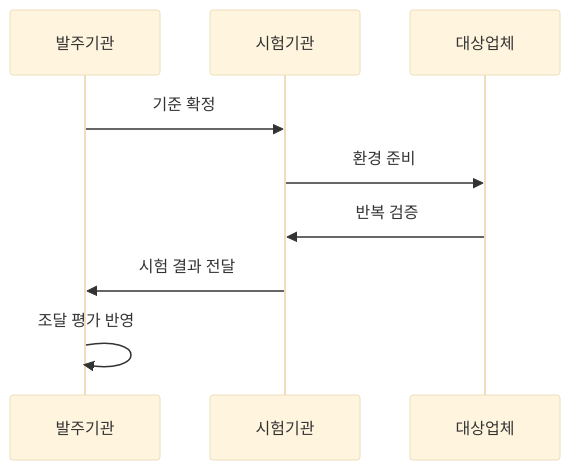
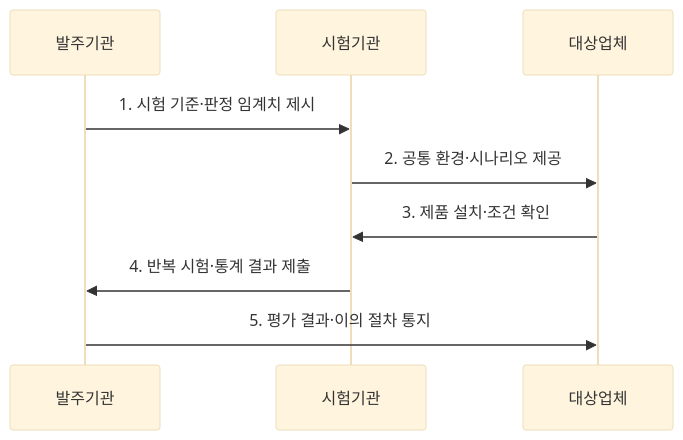
One commit to agnusdei1207/knowledge-base changed the second of 2 diagrams in src/content/docs/notes/07-law-policy/020_bmt_benchmark_test.md. Above: the diagram before and after it, drawn with Mermaid (base theme). The commit also changed other lines of this file and 9 other files, not shown here.

````diff
--- a/src/content/docs/notes/07-law-policy/020_bmt_benchmark_test.md
+++ b/src/content/docs/notes/07-law-policy/020_bmt_benchmark_test.md
@@ -72,11 +77,11 @@
 ```mermaid
 sequenceDiagram
     participant 발주기관
     participant 시험기관
     participant 대상업체
-    발주기관->>시험기관: 기준 확정
-    시험기관->>대상업체: 환경 준비
-    대상업체->>시험기관: 반복 검증
-    시험기관->>발주기관: 시험 결과 전달
-    발주기관->>발주기관: 조달 평가 반영
+    발주기관->>시험기관: 1. 시험 기준·판정 임계치 제시
+    시험기관->>대상업체: 2. 공통 환경·시나리오 제공
+    대상업체->>시험기관: 3. 제품 설치·조건 확인
+    시험기관->>발주기관: 4. 반복 시험·통계 결과 제출
+    발주기관->>대상업체: 5. 평가 결과·이의 절차 통지
 ```
````
